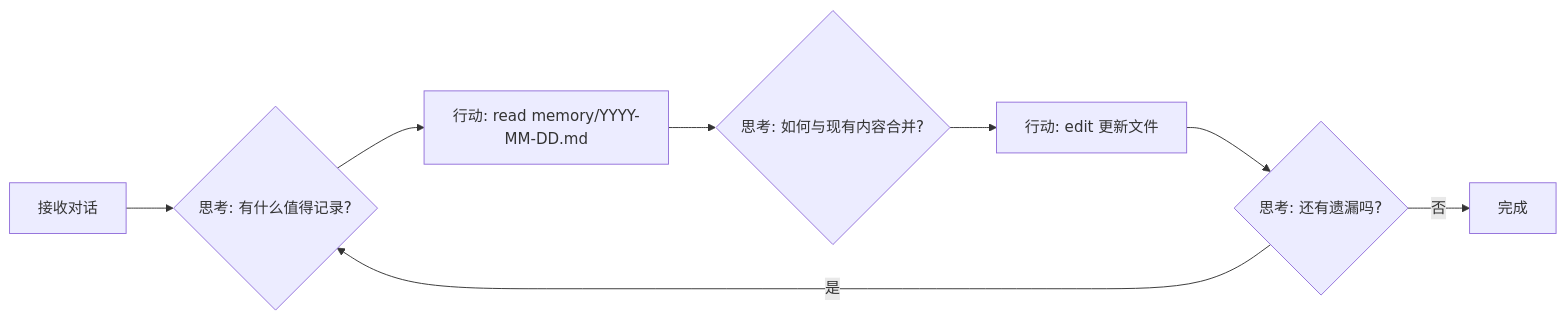
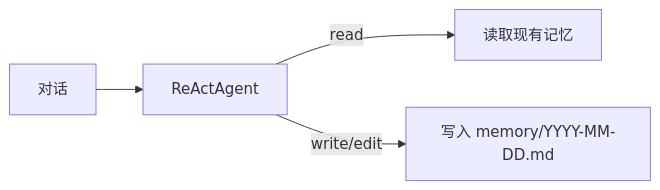
Before and after one commit to agentscope-ai/ReMe: the fourth of 9 diagrams in README_ZH.md, drawn with Mermaid. The commit also changed other lines of this file and 2 other files, not shown here.

Commit message:
docs(readme): update documentation with detailed architecture and components

````diff
--- a/README_ZH.md
+++ b/README_ZH.md
@@ -230,10 +238,6 @@
 ```mermaid
 graph LR
-    A[接收对话] --> B{思考: 有什么值得记录?}
-    B --> C[行动: read memory/YYYY-MM-DD.md]
-    C --> D{思考: 如何与现有内容合并?}
-    D --> E[行动: edit 更新文件]
-    E --> F{思考: 还有遗漏吗?}
-    F -->|是| B
-    F -->|否| G[完成]
+    C[对话] --> A[ReActAgent]
+    A -->|read| R[读取现有记忆]
+    A -->|write/edit| W[写入 memory/YYYY-MM-DD.md]
 ```
````
